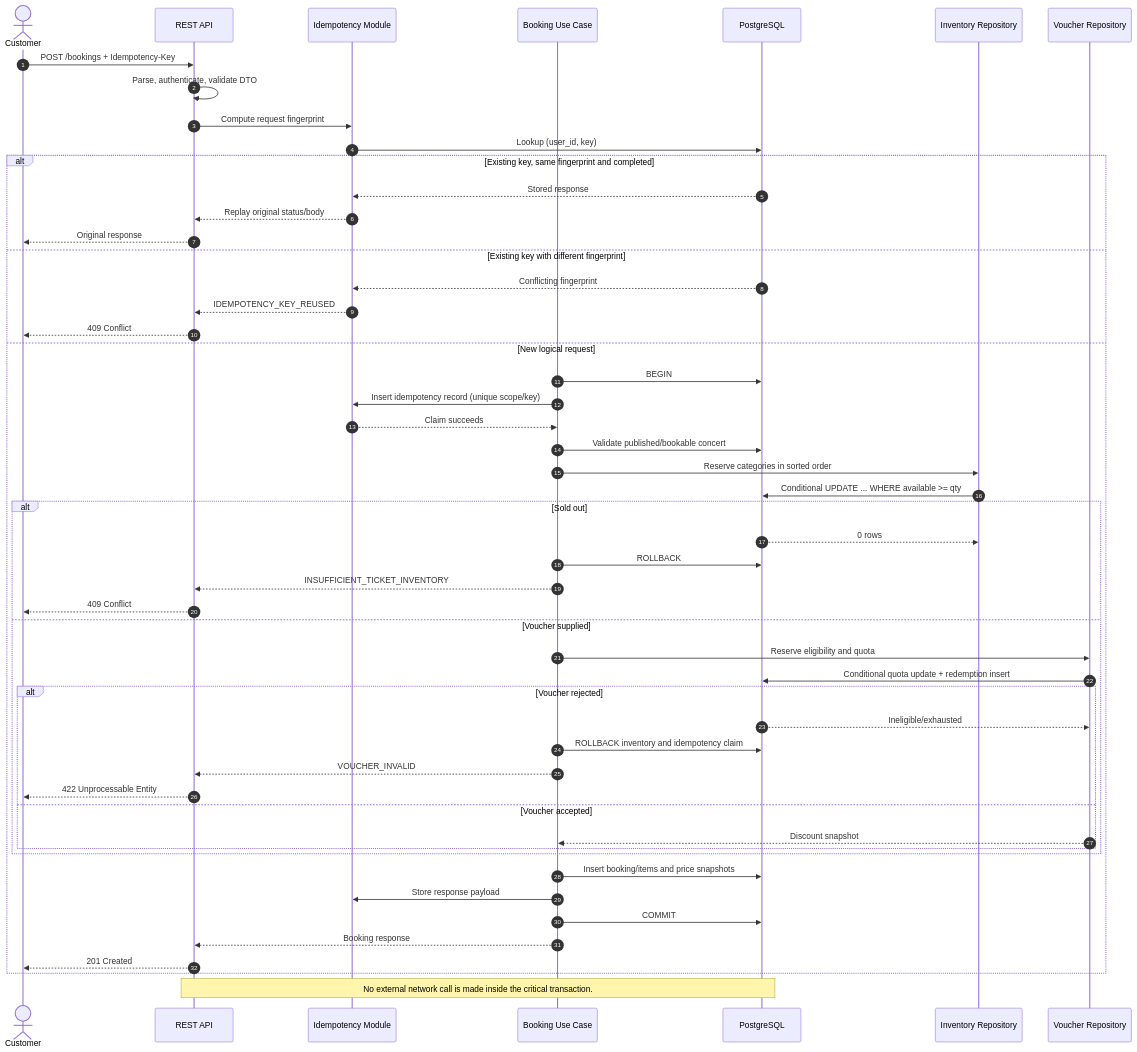
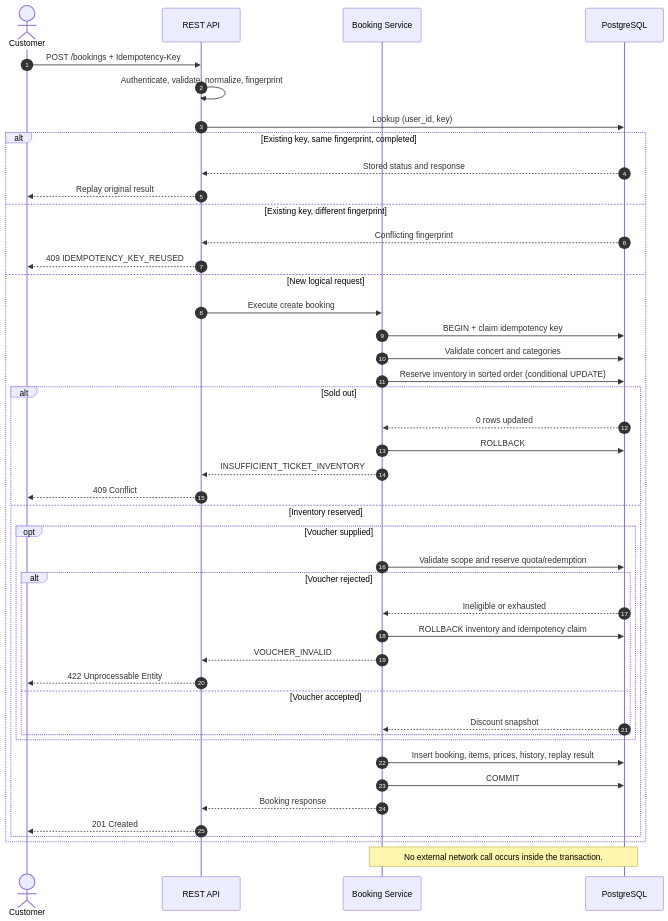
Before and after one commit to Quang-Luu-2005/Geek_Interview: the diagram in docs/diagrams/booking-sequence.mmd, drawn with Mermaid. The commit also changed 26 other files, not shown here.

```diff
--- a/docs/diagrams/booking-sequence.mmd
+++ b/docs/diagrams/booking-sequence.mmd
@@ -1,57 +1,48 @@
 sequenceDiagram
     autonumber
     actor Customer
     participant API as REST API
-    participant Idem as Idempotency Module
-    participant Booking as Booking Use Case
+    participant Booking as Booking Service
     participant DB as PostgreSQL
-    participant Inventory as Inventory Repository
-    participant Voucher as Voucher Repository
 
     Customer->>API: POST /bookings + Idempotency-Key
-    API->>API: Parse, authenticate, validate DTO
-    API->>Idem: Compute request fingerprint
-    Idem->>DB: Lookup (user_id, key)
+    API->>API: Authenticate, validate, normalize, fingerprint
+    API->>DB: Lookup (user_id, key)
 
-    alt Existing key, same fingerprint and completed
-        DB-->>Idem: Stored response
-        Idem-->>API: Replay original status/body
-        API-->>Customer: Original response
-    else Existing key with different fingerprint
-        DB-->>Idem: Conflicting fingerprint
-        Idem-->>API: IDEMPOTENCY_KEY_REUSED
-        API-->>Customer: 409 Conflict
+    alt Existing key, same fingerprint, completed
+        DB-->>API: Stored status and response
+        API-->>Customer: Replay original result
+    else Existing key, different fingerprint
+        DB-->>API: Conflicting fingerprint
+        API-->>Customer: 409 IDEMPOTENCY_KEY_REUSED
     else New logical request
-        Booking->>DB: BEGIN
-        Booking->>Idem: Insert idempotency record (unique scope/key)
-        Idem-->>Booking: Claim succeeds
-        Booking->>DB: Validate published/bookable concert
-        Booking->>Inventory: Reserve categories in sorted order
-        Inventory->>DB: Conditional UPDATE ... WHERE available >= qty
+        API->>Booking: Execute create booking
+        Booking->>DB: BEGIN + claim idempotency key
+        Booking->>DB: Validate concert and categories
+        Booking->>DB: Reserve inventory in sorted order (conditional UPDATE)
 
         alt Sold out
-            DB-->>Inventory: 0 rows
+            DB-->>Booking: 0 rows updated
             Booking->>DB: ROLLBACK
             Booking-->>API: INSUFFICIENT_TICKET_INVENTORY
             API-->>Customer: 409 Conflict
-        else Voucher supplied
-            Booking->>Voucher: Reserve eligibility and quota
-            Voucher->>DB: Conditional quota update + redemption insert
-            alt Voucher rejected
-                DB-->>Voucher: Ineligible/exhausted
-                Booking->>DB: ROLLBACK inventory and idempotency claim
-                Booking-->>API: VOUCHER_INVALID
-                API-->>Customer: 422 Unprocessable Entity
-            else Voucher accepted
-                Voucher-->>Booking: Discount snapshot
+        else Inventory reserved
+            opt Voucher supplied
+                Booking->>DB: Validate scope and reserve quota/redemption
+                alt Voucher rejected
+                    DB-->>Booking: Ineligible or exhausted
+                    Booking->>DB: ROLLBACK inventory and idempotency claim
+                    Booking-->>API: VOUCHER_INVALID
+                    API-->>Customer: 422 Unprocessable Entity
+                else Voucher accepted
+                    DB-->>Booking: Discount snapshot
+                end
             end
+            Booking->>DB: Insert booking, items, prices, history, replay result
+            Booking->>DB: COMMIT
+            Booking-->>API: Booking response
+            API-->>Customer: 201 Created
         end
-
-        Booking->>DB: Insert booking/items and price snapshots
-        Booking->>Idem: Store response payload
-        Booking->>DB: COMMIT
-        Booking-->>API: Booking response
-        API-->>Customer: 201 Created
     end
 
-    Note over API,DB: No external network call is made inside the critical transaction.
+    Note over Booking,DB: No external network call occurs inside the transaction.
```
